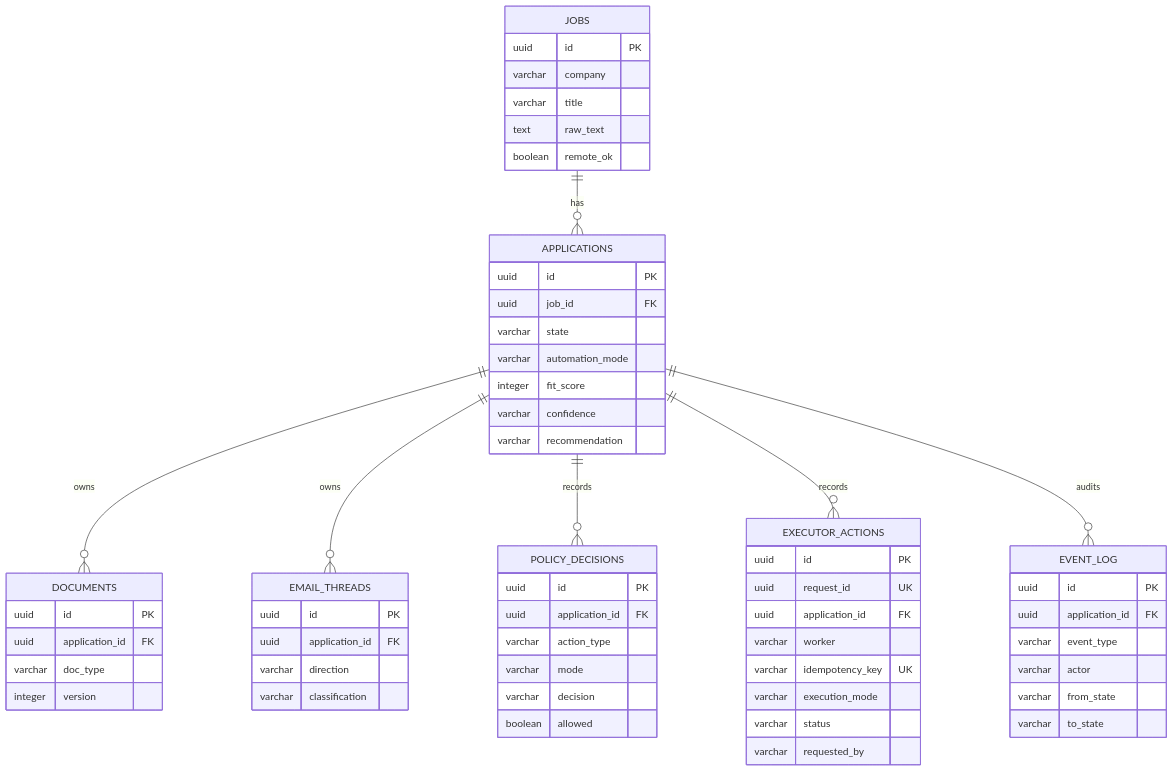
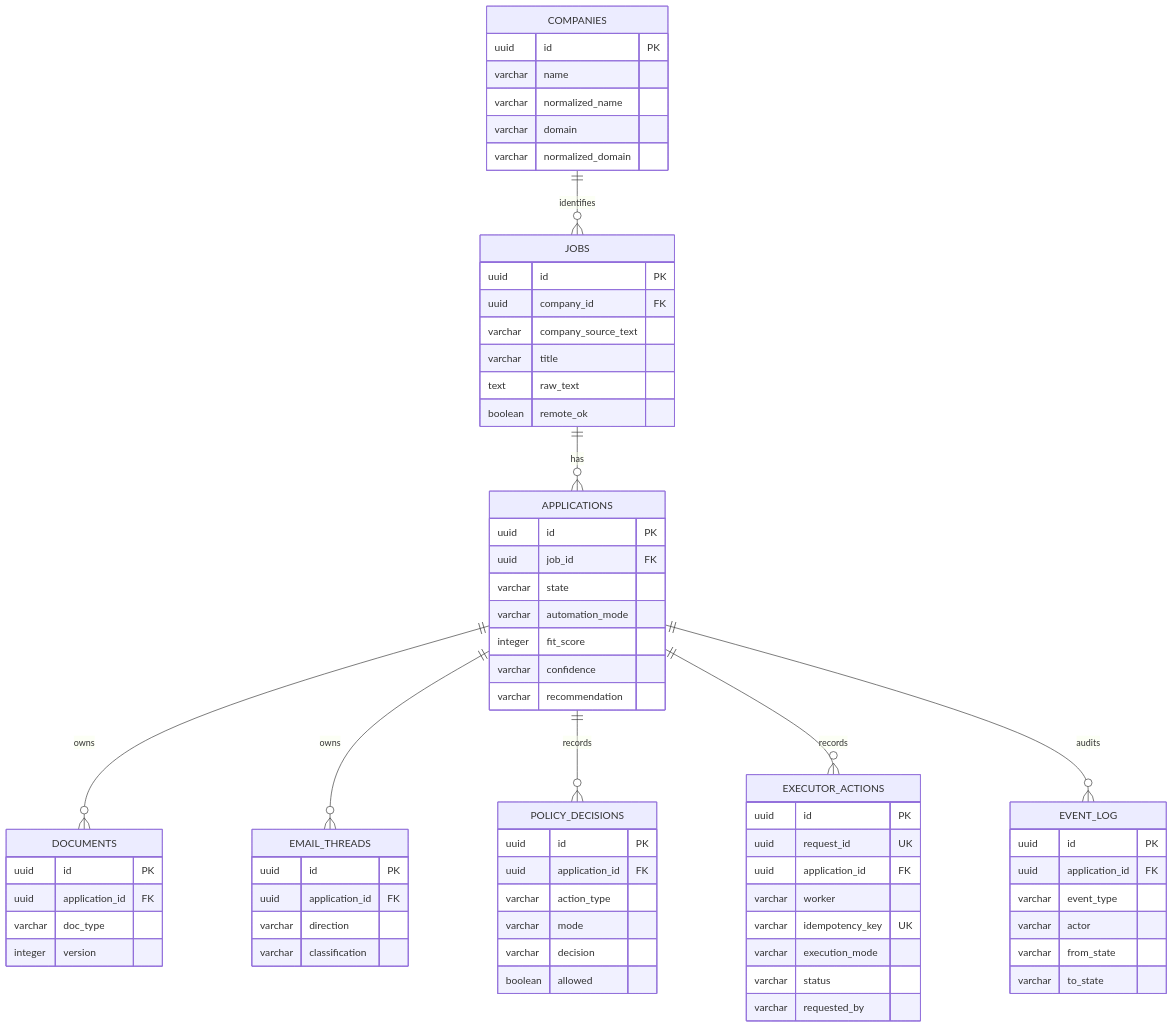
Before and after one commit to NicolayBang/ApplyGo: the first of 2 diagrams in docs/diagrams/database-schema.md, drawn with Mermaid. The commit also changed other lines of this file and 10 other files, not shown here.

````diff
--- a/docs/diagrams/database-schema.md
+++ b/docs/diagrams/database-schema.md
@@ -12,64 +11,73 @@
 ```mermaid
 erDiagram
+    COMPANIES ||--o{ JOBS : identifies
     JOBS ||--o{ APPLICATIONS : has
     APPLICATIONS ||--o{ DOCUMENTS : owns
     APPLICATIONS ||--o{ EMAIL_THREADS : owns
     APPLICATIONS ||--o{ POLICY_DECISIONS : records
     APPLICATIONS ||--o{ EXECUTOR_ACTIONS : records
     APPLICATIONS ||--o{ EVENT_LOG : audits
 
+    COMPANIES {
+        uuid id PK
+        varchar name
+        varchar normalized_name
+        varchar domain
+        varchar normalized_domain
+    }
     JOBS {
         uuid id PK
-        varchar company
+        uuid company_id FK
+        varchar company_source_text
         varchar title
         text raw_text
         boolean remote_ok
     }
     APPLICATIONS {
         uuid id PK
         uuid job_id FK
         varchar state
         varchar automation_mode
         integer fit_score
         varchar confidence
         varchar recommendation
     }
     DOCUMENTS {
         uuid id PK
         uuid application_id FK
         varchar doc_type
         integer version
     }
     EMAIL_THREADS {
         uuid id PK
         uuid application_id FK
         varchar direction
         varchar classification
     }
     POLICY_DECISIONS {
         uuid id PK
         uuid application_id FK
         varchar action_type
         varchar mode
         varchar decision
         boolean allowed
     }
     EXECUTOR_ACTIONS {
         uuid id PK
         uuid request_id UK
         uuid application_id FK
         varchar worker
         varchar idempotency_key UK
         varchar execution_mode
         varchar status
         varchar requested_by
     }
     EVENT_LOG {
         uuid id PK
         uuid application_id FK
         varchar event_type
         varchar actor
         varchar from_state
         varchar to_state
     }
 ```
````
